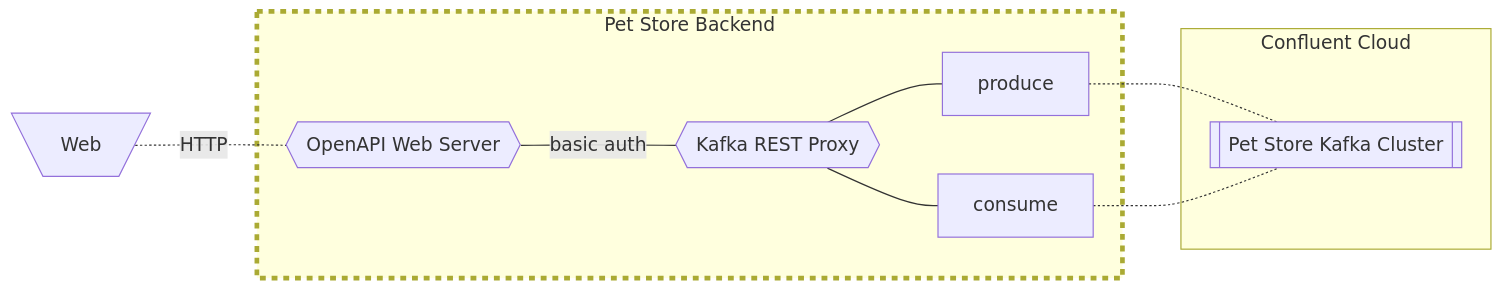
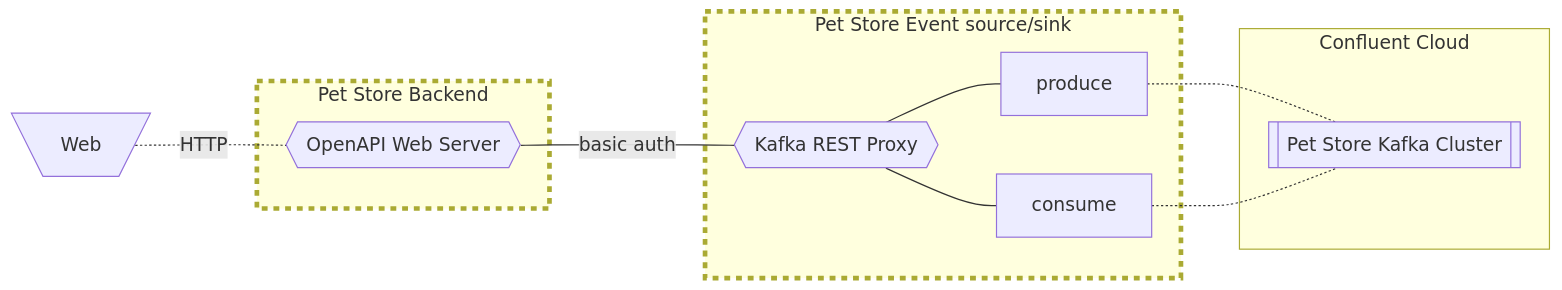
Before and after one commit to aklivity/zilla-demos: the first of 2 diagrams in taxi/live-demo-deploy/arch-Petstore.md, drawn with Mermaid. The commit also changed 1 other file, not shown here.

Commit message:
diagram updates

````diff
--- a/taxi/live-demo-deploy/arch-Petstore.md
+++ b/taxi/live-demo-deploy/arch-Petstore.md
@@ -5,17 +5,22 @@
 ```mermaid
 flowchart LR
     style app1 stroke-dasharray: 5 5,stroke-width:4px
+    style app2 stroke-dasharray: 5 5,stroke-width:4px
 
     ui[\Web/] -.- |HTTP| psws
 
+
+    subgraph app2 [Pet Store Event source/sink]
+            krp{{Kafka REST Proxy}} --- krpp[produce] & krpc[consume]
+    end
+
     subgraph app1 [Pet Store Backend]
             psws{{OpenAPI Web Server}} --- | basic auth | krp
-            krp{{Kafka REST Proxy}} --- krpp[produce] & krpc[consume]
     end
 
     subgraph cc [Confluent Cloud]
         ccps[[Pet Store Kafka Cluster]]
         krpp -.- ccps
         krpc -.- ccps
     end
 ```
````
